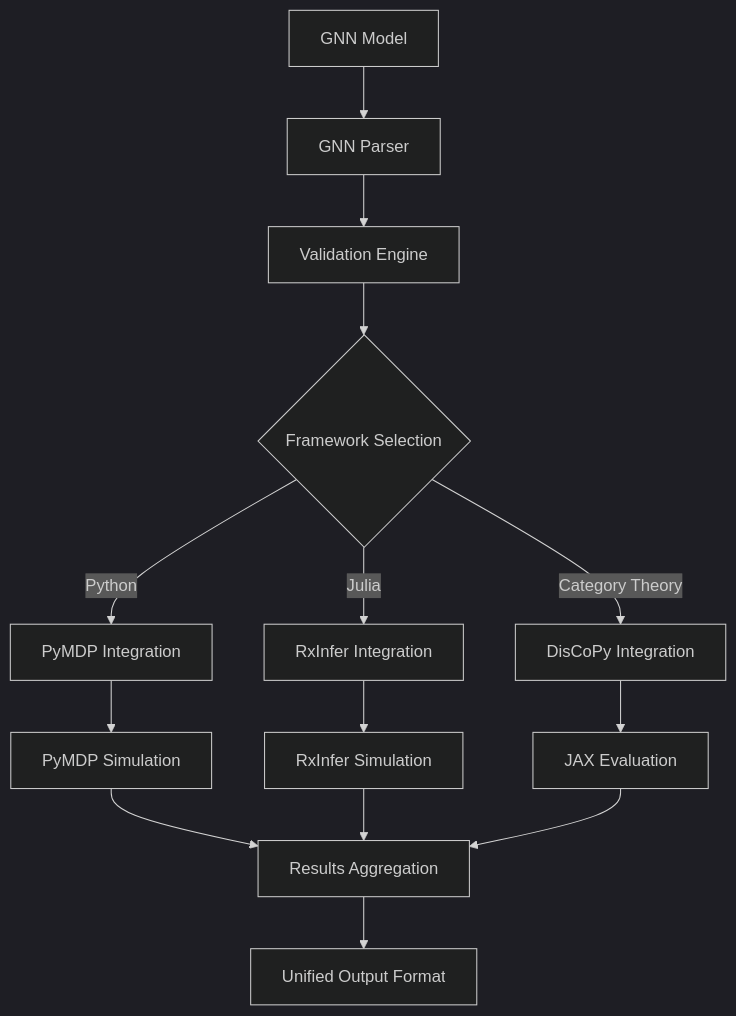
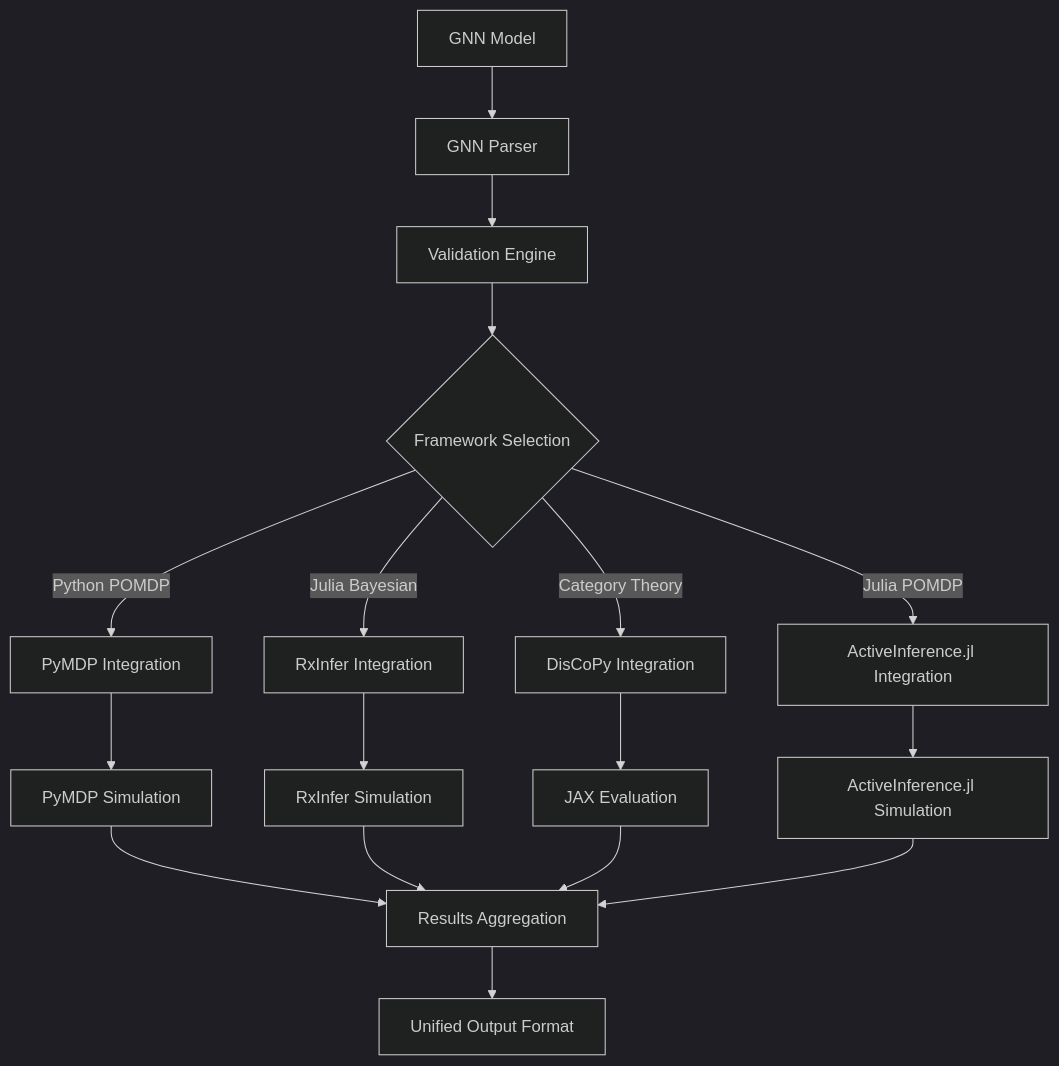
One commit to ActiveInferenceInstitute/GeneralizedNotationNotation changed the diagram in doc/gnn/framework_integration_guide.md. Above: the diagram before and after it, drawn with Mermaid (dark theme). The commit also changed other lines of this file and 13 other files, not shown here.

````diff
--- a/doc/gnn/framework_integration_guide.md
+++ b/doc/gnn/framework_integration_guide.md
@@ -14,16 +14,19 @@
 ```mermaid
 flowchart TD
     A[GNN Model] --> B[GNN Parser]
     B --> C[Validation Engine]
     C --> D{Framework Selection}
-    D -->|Python| E[PyMDP Integration]
-    D -->|Julia| F[RxInfer Integration]
+    D -->|Python POMDP| E[PyMDP Integration]
+    D -->|Julia Bayesian| F[RxInfer Integration]
     D -->|Category Theory| G[DisCoPy Integration]
-    E --> H[PyMDP Simulation]
-    F --> I[RxInfer Simulation]
-    G --> J[JAX Evaluation]
-    H --> K[Results Aggregation]
-    I --> K
-    J --> K
-    K --> L[Unified Output Format]
+    D -->|Julia POMDP| H[ActiveInference.jl Integration]
+    E --> I[PyMDP Simulation]
+    F --> J[RxInfer Simulation]
+    G --> K[JAX Evaluation]
+    H --> L[ActiveInference.jl Simulation]
+    I --> M[Results Aggregation]
+    J --> M
+    K --> M
+    L --> M
+    M --> N[Unified Output Format]
 ```
````
